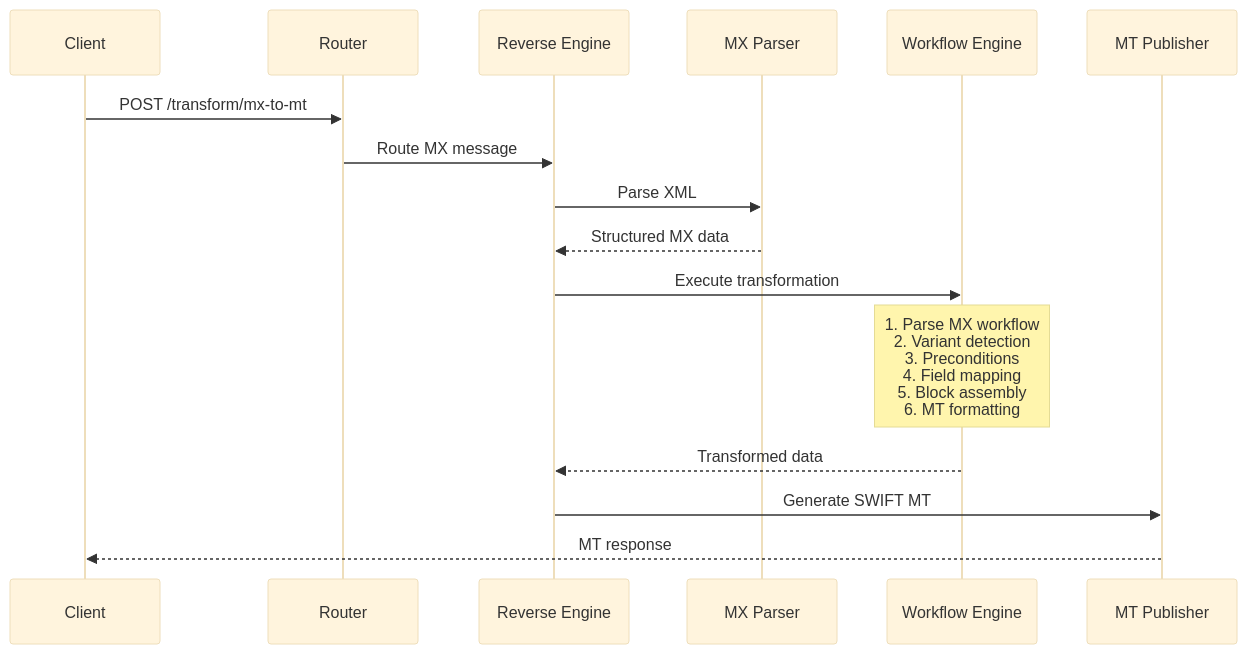
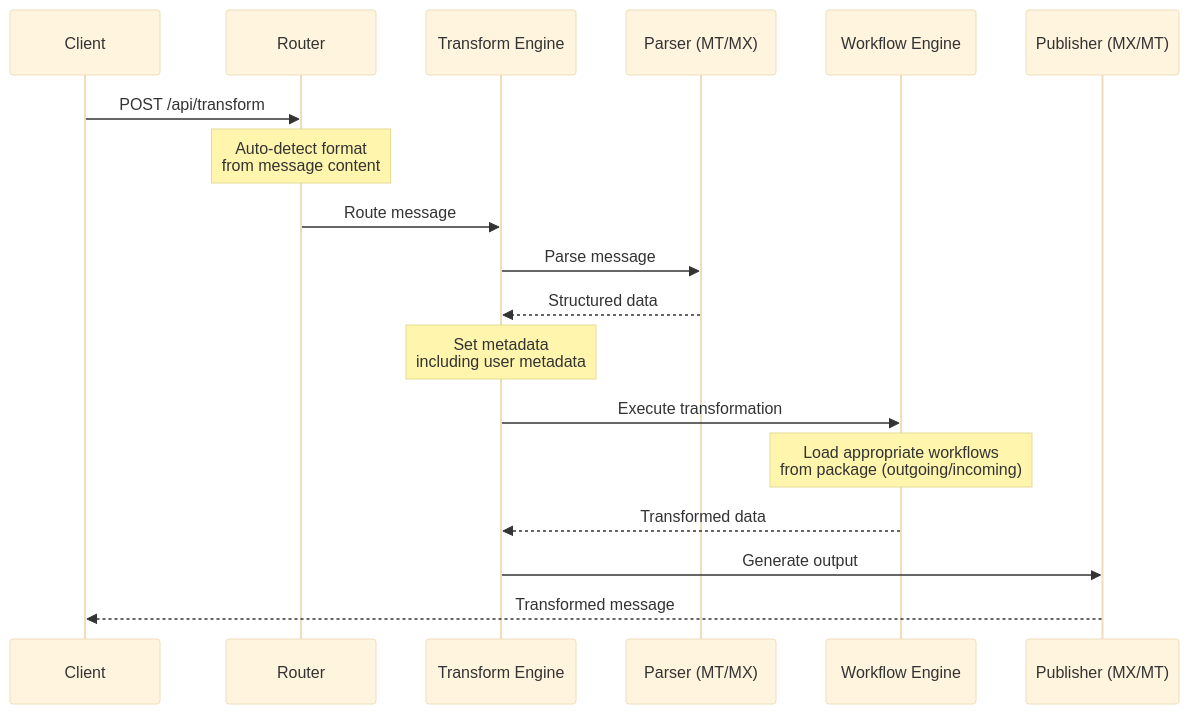
One commit to GoPlasmatic/Reframe changed the second of 2 diagrams in docs/architecture.md. Above: the diagram before and after it, drawn with Mermaid (base theme). The commit also changed other lines of this file and 319 other files, not shown here.

First line of the commit message:
refactor: migrate to external package-based architecture (v3.1.1)

````diff
--- a/docs/architecture.md
+++ b/docs/architecture.md
@@ -299,19 +473,21 @@
 ```mermaid
 sequenceDiagram
     participant Client
     participant Router
-    participant Reverse Engine
-    participant MX Parser
+    participant Transform Engine
+    participant Parser (MT/MX)
     participant Workflow Engine
-    participant MT Publisher
-    
-    Client->>Router: POST /transform/mx-to-mt
-    Router->>Reverse Engine: Route MX message
-    Reverse Engine->>MX Parser: Parse XML
-    MX Parser-->>Reverse Engine: Structured MX data
-    Reverse Engine->>Workflow Engine: Execute transformation
-    Note over Workflow Engine: 1. Parse MX workflow<br/>2. Variant detection<br/>3. Preconditions<br/>4. Field mapping<br/>5. Block assembly<br/>6. MT formatting
-    Workflow Engine-->>Reverse Engine: Transformed data
-    Reverse Engine->>MT Publisher: Generate SWIFT MT
-    MT Publisher-->>Client: MT response
+    participant Publisher (MX/MT)
+
+    Client->>Router: POST /api/transform
+    Note over Router: Auto-detect format<br/>from message content
+    Router->>Transform Engine: Route message
+    Transform Engine->>Parser (MT/MX): Parse message
+    Parser (MT/MX)-->>Transform Engine: Structured data
+    Note over Transform Engine: Set metadata<br/>including user metadata
+    Transform Engine->>Workflow Engine: Execute transformation
+    Note over Workflow Engine: Load appropriate workflows<br/>from package (outgoing/incoming)
+    Workflow Engine-->>Transform Engine: Transformed data
+    Transform Engine->>Publisher (MX/MT): Generate output
+    Publisher (MX/MT)-->>Client: Transformed message
 ```
````
